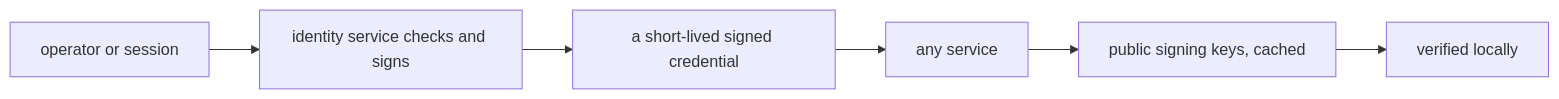
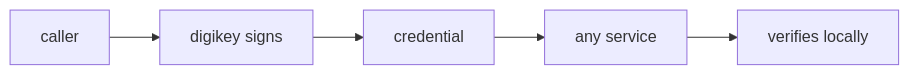
Before and after one commit to digithings-ai/digithings: the diagram in apps/digithings-web/content/book/15-digikey/index.mdx, drawn with Mermaid. The commit also changed other lines of this file and 75 other files, not shown here.

````diff
--- a/apps/digithings-web/content/book/15-digikey/index.mdx
+++ b/apps/digithings-web/content/book/15-digikey/index.mdx
@@ -34,8 +30,7 @@
-```mermaid
+```mermaid one service signs; every other service verifies locally with the public keys
 flowchart LR
-  OP[operator or session] --> ISSUE[identity service checks and signs]
-  ISSUE --> SHORT[a short-lived signed credential]
-  SHORT --> SVC[any service]
-  SVC --> KEYS[public signing keys, cached]
-  KEYS --> OK[verified locally]
+  WHO[caller] --> ISSUE[digikey signs]
+  ISSUE --> CRED[credential]
+  CRED --> SVC[any service]
+  SVC --> OK[verifies locally]
 ```
````
